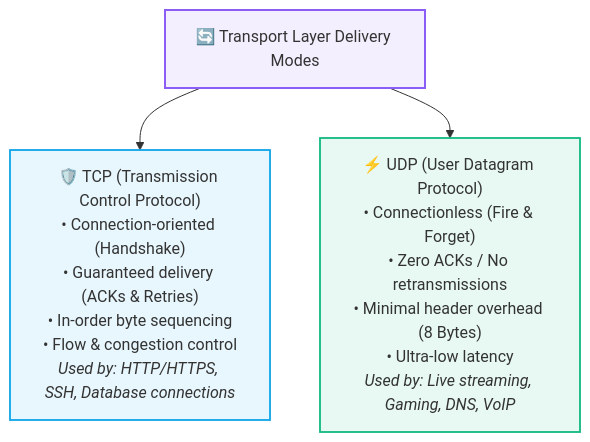
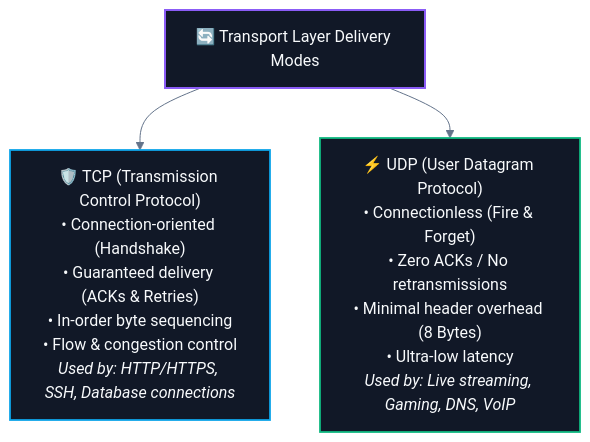
The third of 4 diagrams in CS/Computer Networking/02. Data Flow & Encapsulation/03. Data Units - Segment, Packet, Frame, Bits.md (abhinavbharti2345/CS_Notes), drawn with Mermaid before and after one commit. The commit also changed other lines of this file and 195 other files, not shown here.

````diff
--- a/CS/Computer Networking/02. Data Flow & Encapsulation/03. Data Units - Segment, Packet, Frame, Bits.md
+++ b/CS/Computer Networking/02. Data Flow & Encapsulation/03. Data Units - Segment, Packet, Frame, Bits.md
@@ -108,15 +110,16 @@
 ```mermaid
+%%{init: {'theme': 'base', 'themeVariables': { 'darkMode': true, 'background': '#0B0F14', 'mainBkg': '#111827', 'primaryColor': '#111827', 'primaryTextColor': '#F8FAFC', 'primaryBorderColor': '#38BDF8', 'lineColor': '#64748B', 'secondaryColor': '#0B0F14', 'tertiaryColor': '#0B0F14', 'clusterBkg': '#0B0F14', 'clusterBorder': '#38BDF8' }}}%%
 flowchart TD
     TL["🔄 Transport Layer Delivery Modes"]
     
     TL --> TCP["🛡️ TCP (Transmission Control Protocol)<br/>• Connection-oriented (Handshake)<br/>• Guaranteed delivery (ACKs & Retries)<br/>• In-order byte sequencing<br/>• Flow & congestion control<br/><i>Used by: HTTP/HTTPS, SSH, Database connections</i>"]
     
     TL --> UDP["⚡ UDP (User Datagram Protocol)<br/>• Connectionless (Fire & Forget)<br/>• Zero ACKs / No retransmissions<br/>• Minimal header overhead (8 Bytes)<br/>• Ultra-low latency<br/><i>Used by: Live streaming, Gaming, DNS, VoIP</i>"]
 
-    classDef root fill:#8b5cf618,stroke:#8b5cf6,stroke-width:2px;
-    classDef tcp fill:#0ea5e918,stroke:#0ea5e9,stroke-width:1.8px;
-    classDef udp fill:#10b98118,stroke:#10b981,stroke-width:1.8px;
+    classDef root fill:#111827,stroke:#8b5cf6,stroke-width:2px,color:#F8FAFC;
+    classDef tcp fill:#111827,stroke:#0ea5e9,stroke-width:1.8px,color:#F8FAFC;
+    classDef udp fill:#111827,stroke:#10b981,stroke-width:1.8px,color:#F8FAFC;
     class TL root;
     class TCP tcp;
     class UDP udp;
 ```
````
